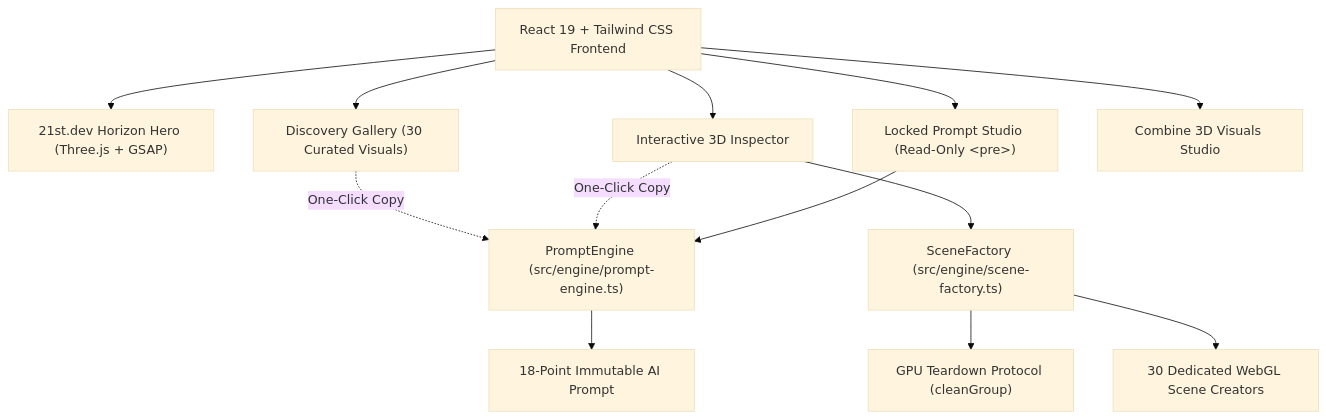
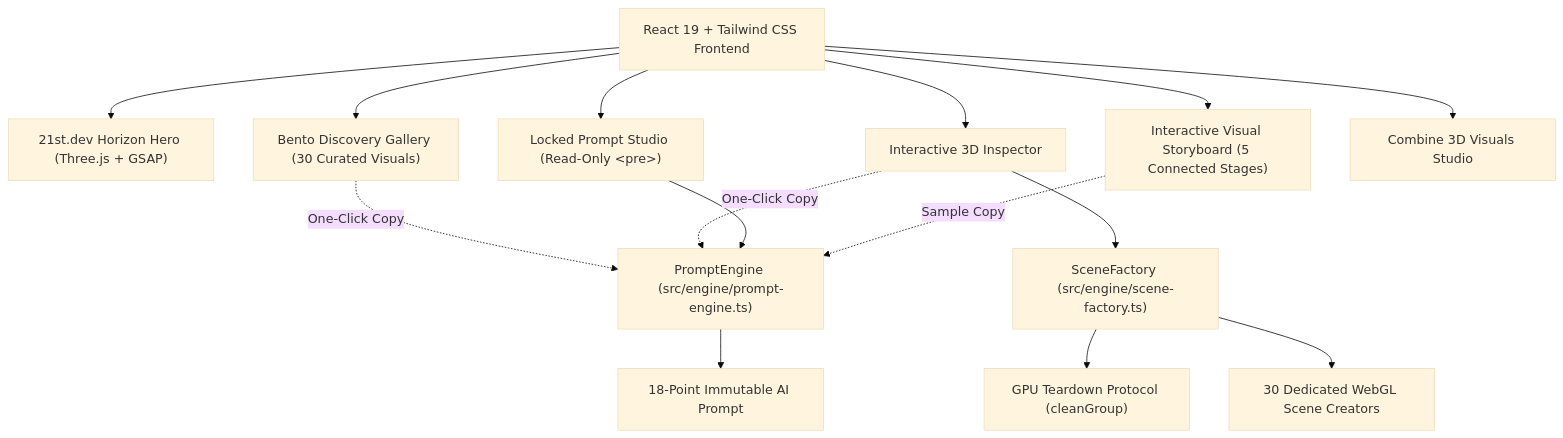
The second of 2 diagrams in README.md (kalyan870/promptdock), drawn with Mermaid (base theme) before and after one commit. The commit also changed other lines of this file and 35 other files, not shown here.

Commit message:
feat(8.1): execute major visual redesign with interactive 5-stage storyboard, curated bento gallery, playwright browser e2e suite, and real application screenshots

````diff
--- a/README.md
+++ b/README.md
@@ -91,18 +128,20 @@
 ```mermaid
 graph TD
     UI["React 19 + Tailwind CSS Frontend"]
     UI --> Hero["21st.dev Horizon Hero (Three.js + GSAP)"]
-    UI --> Gallery["Discovery Gallery (30 Curated Visuals)"]
+    UI --> Storyboard["Interactive Visual Storyboard (5 Connected Stages)"]
+    UI --> Gallery["Bento Discovery Gallery (30 Curated Visuals)"]
     UI --> Inspector["Interactive 3D Inspector"]
     UI --> PromptSec["Locked Prompt Studio (Read-Only &lt;pre&gt;)"]
     UI --> Composer["Combine 3D Visuals Studio"]
 
     Inspector --> SF["SceneFactory (src/engine/scene-factory.ts)"]
     SF --> Teardown["GPU Teardown Protocol (cleanGroup)"]
     SF --> Scenes["30 Dedicated WebGL Scene Creators"]
 
     Gallery -.->|One-Click Copy| PE["PromptEngine (src/engine/prompt-engine.ts)"]
     Inspector -.->|One-Click Copy| PE
     PromptSec --> PE
+    Storyboard -.->|Sample Copy| PE
     PE --> LockedBrief["18-Point Immutable AI Prompt"]
 ```
````
